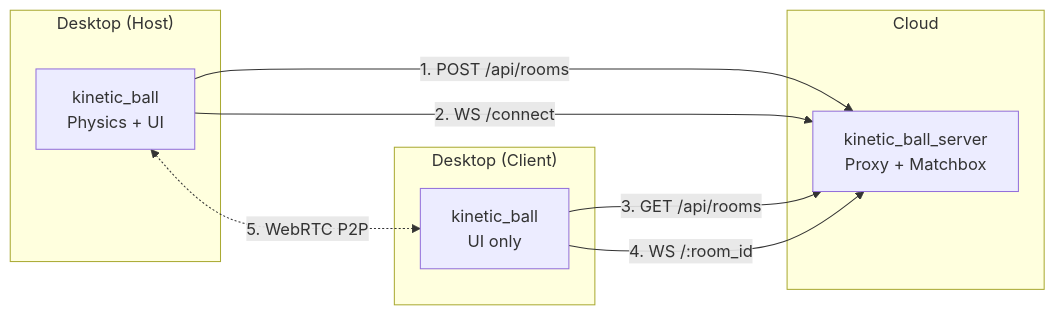
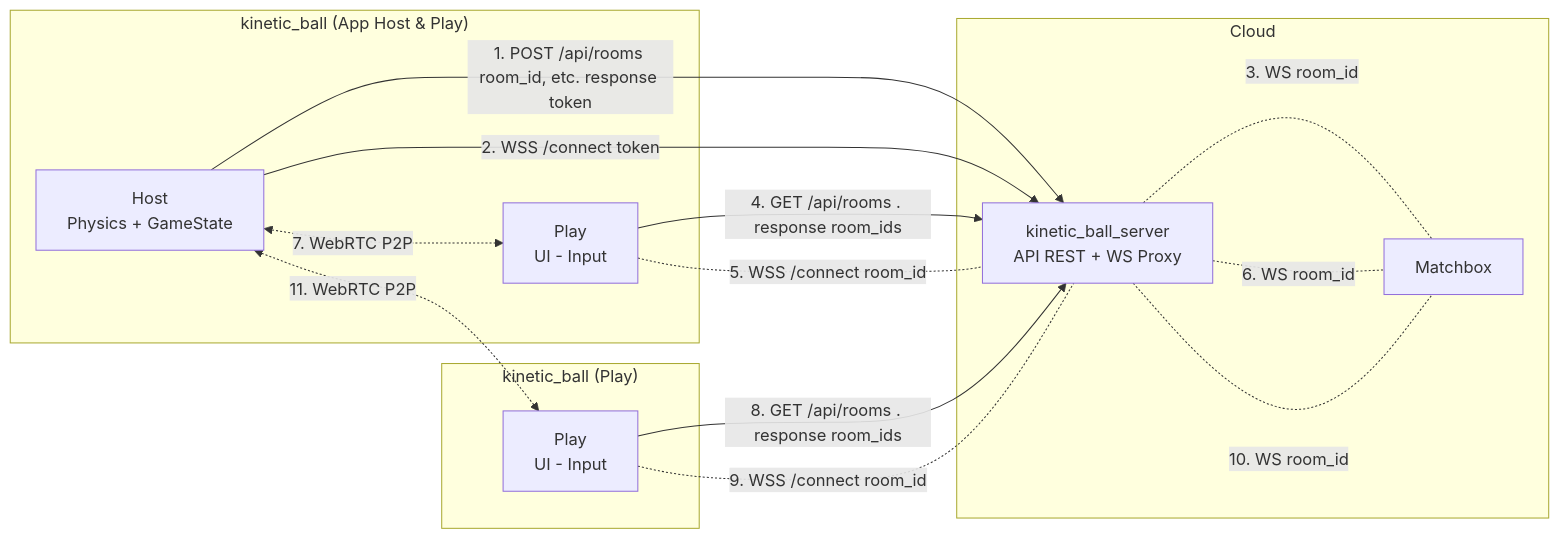
Before and after one commit to anibalanto/kinetic_ball: the diagram in README.md, drawn with Mermaid.

Commit message:
complete flow connection

````diff
--- a/README.md
+++ b/README.md
@@ -92,20 +92,28 @@
 ```mermaid
 flowchart LR
     subgraph Cloud
-        KBS[kinetic_ball_server<br/>Proxy + Matchbox]
+        KBS[kinetic_ball_server <br/> API REST + WS Proxy]
+        MB[Matchbox]
     end
 
-    subgraph "Desktop (Host)"
-        H[kinetic_ball<br/>Physics + UI]
+    subgraph "kinetic_ball (App Host & Play)"
+        C1[Play <br/> UI - Input]
+        H[Host <br/> Physics + GameState]
+    end
+    
+    subgraph "kinetic_ball (Play)"
+        C2[Play <br/> UI - Input]
     end
 
-    subgraph "Desktop (Client)"
-        C[kinetic_ball<br/>UI only]
-    end
-
-    H -->|1. POST /api/rooms| KBS
-    H -->|2. WS /connect| KBS
-    C -->|3. GET /api/rooms| KBS
-    C -->|4. WS /:room_id| KBS
-    H <-.->|5. WebRTC P2P| C
+    H -->|1. POST /api/rooms room_id, etc. response token| KBS
+    H -->|2. WSS /connect token| KBS
+    KBS -.-|3. WS room_id| MB
+    C1 -->|4. GET /api/rooms . response room_ids| KBS
+    C1 -.-|5. WSS /connect room_id| KBS
+    KBS -.-|6. WS room_id| MB
+    H <-.->|7. WebRTC P2P| C1
+    C2 -->|8. GET /api/rooms . response room_ids| KBS
+    C2 -.-|9. WSS /connect room_id| KBS
+    KBS -.-|10. WS room_id| MB
+    H <-.->|11. WebRTC P2P| C2
 ```
````
